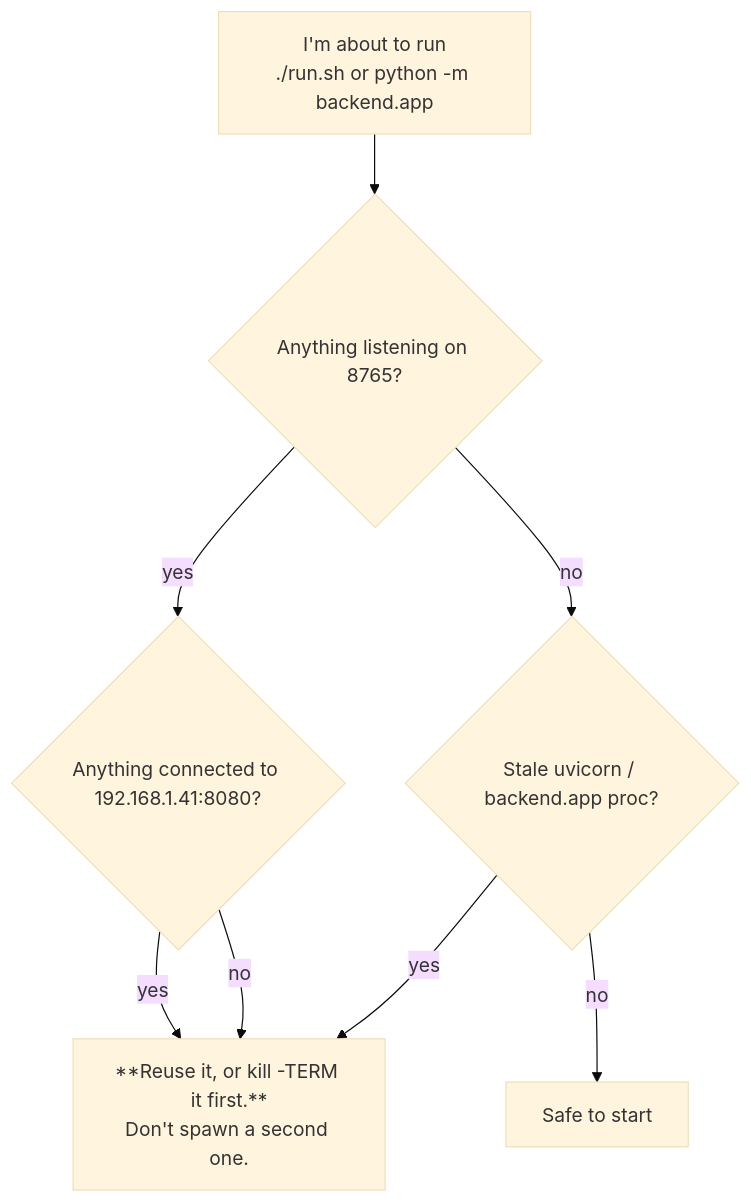
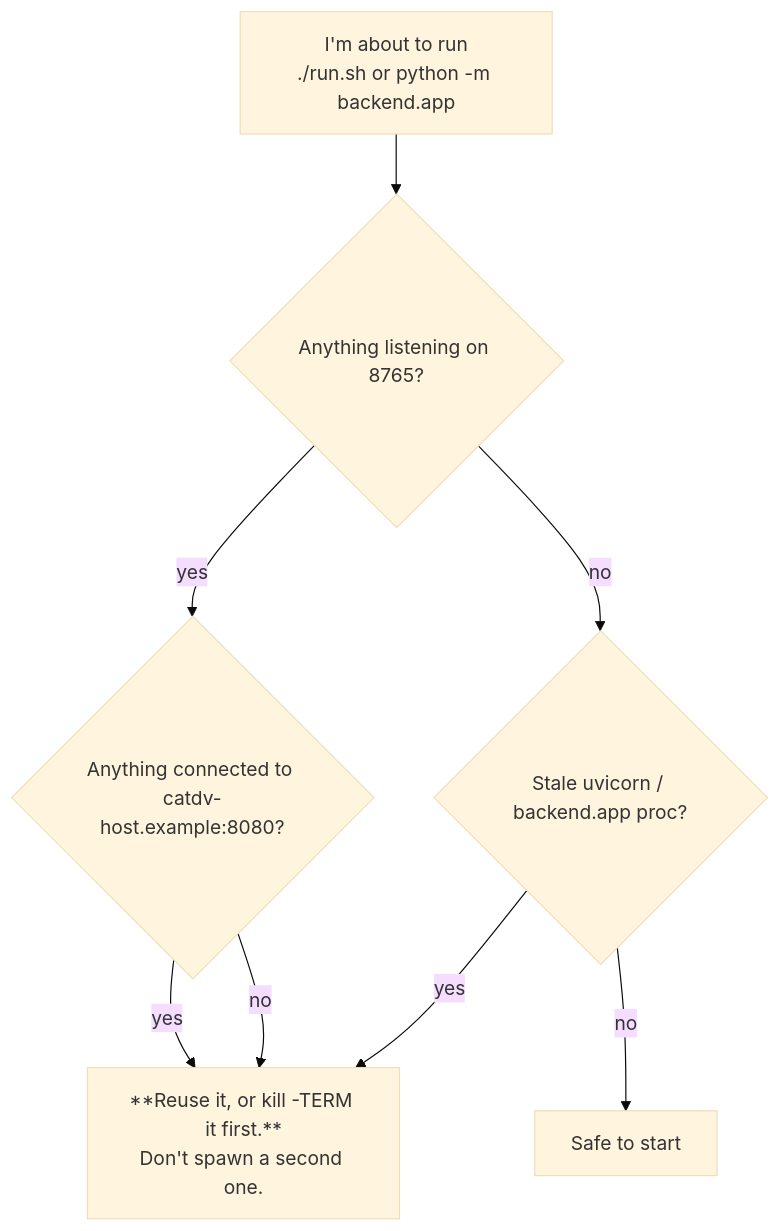
Before and after one commit to futurememorylab/ai-archive: the first of 3 diagrams in docs/onboarding/05-catdv-license-discipline.md, drawn with Mermaid (base theme). The commit also changed other lines of this file and 8 other files, not shown here.

````diff
--- a/docs/onboarding/05-catdv-license-discipline.md
+++ b/docs/onboarding/05-catdv-license-discipline.md
@@ -20,10 +20,10 @@
 ```mermaid
 flowchart TD
     A["I'm about to run<br/>./run.sh or python -m backend.app"] --> B{Anything listening on 8765?}
-    B -- yes --> C{Anything connected to 192.168.1.41:8080?}
+    B -- yes --> C{Anything connected to catdv-host.example:8080?}
     C -- yes --> R1["**Reuse it, or kill -TERM it first.**<br/>Don't spawn a second one."]
     C -- no --> R1
     B -- no --> D{Stale uvicorn / backend.app proc?}
     D -- yes --> R1
     D -- no --> OK["Safe to start"]
 ```
````
